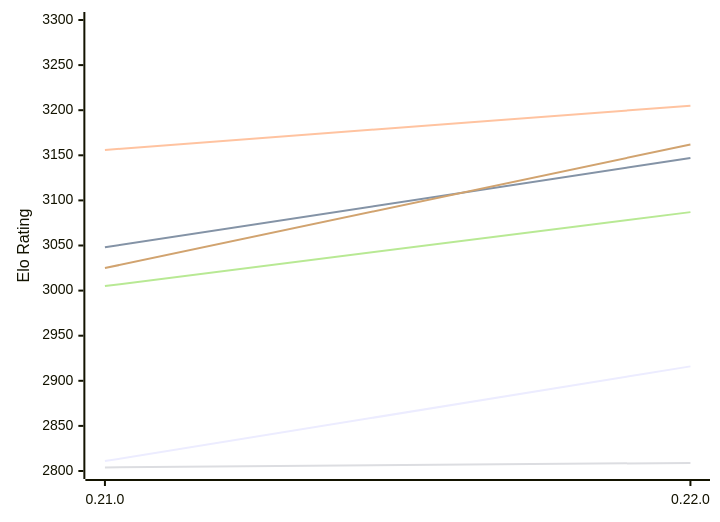
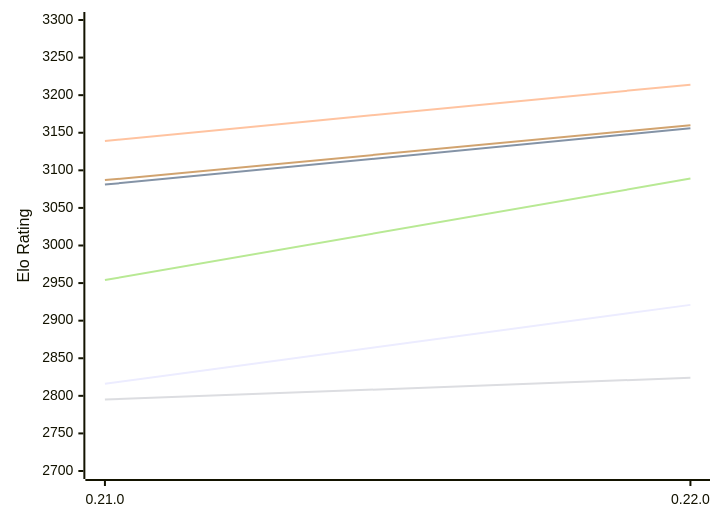
The first of 2 diagrams in engines/Princhess.md (computer-chess-index/cci), drawn with Mermaid before and after one commit. The commit also changed other lines of this file, not shown here.

Commit message:
Update CCI Ratings (ELO VLTC) - 2026-11-16

````diff
--- a/engines/Princhess.md
+++ b/engines/Princhess.md
@@ -50,12 +50,12 @@
 ```mermaid
 %%{init: {"theme":"base","themeVariables":{"seriesColors:['#a3a3a3','#222221','#faa371']}}}%%
 xychart-beta
   x-axis ["0.21.0", "0.22.0"]
-  y-axis "Elo Rating" 2800 --> 3300
-  line "E1: STC (8.0+0.08s)" [2811, 2916]
-  line "E1: LTC (60.0+0.60s)" [3048, 3147]
-  line "E1: VLTC (2m24s+1.12s)" [3156, 3205]
-  line "P1: STC (8.0+0.08s)" [2804, 2809]
-  line "P1: LTC (60.0+0.60s)" [3005, 3087]
-  line "P1: VLTC (2m24s+1.12s)" [3025, 3162]
+  y-axis "Elo Rating" 2700 --> 3300
+  line "E1: STC (8.0+0.08s)" [2816, 2921]
+  line "E1: LTC (60.0+0.60s)" [3081, 3156]
+  line "E1: VLTC (2m24s+1.12s)" [3139, 3214]
+  line "P1: STC (8.0+0.08s)" [2795, 2824]
+  line "P1: LTC (60.0+0.60s)" [2954, 3089]
+  line "P1: VLTC (2m24s+1.12s)" [3087, 3160]
 ```
````
